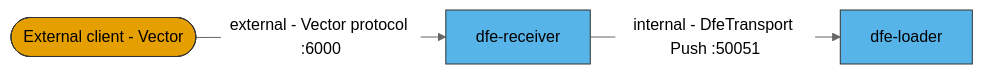
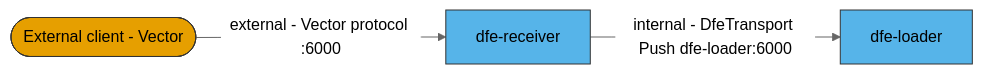
One commit to hyperi-io/dfe-docker changed the third of 4 diagrams in docs/architecture.md. Above: the diagram before and after it, drawn with Mermaid (neutral theme). The commit also changed other lines of this file and 10 other files, not shown here.

````diff
--- a/docs/architecture.md
+++ b/docs/architecture.md
@@ -197,12 +197,12 @@
 ```mermaid
 flowchart LR
     classDef ext fill:#E69F00,stroke:#333333,color:#000000
     classDef dfe fill:#56B4E9,stroke:#333333,color:#000000
 
     client(["External client - Vector"]):::ext
     receiver["dfe-receiver"]:::dfe
     loader["dfe-loader"]:::dfe
 
     client -->|external - Vector protocol :6000| receiver
-    receiver -->|internal - DfeTransport Push :50051| loader
+    receiver -->|internal - DfeTransport Push dfe-loader:6000| loader
 ```
````
